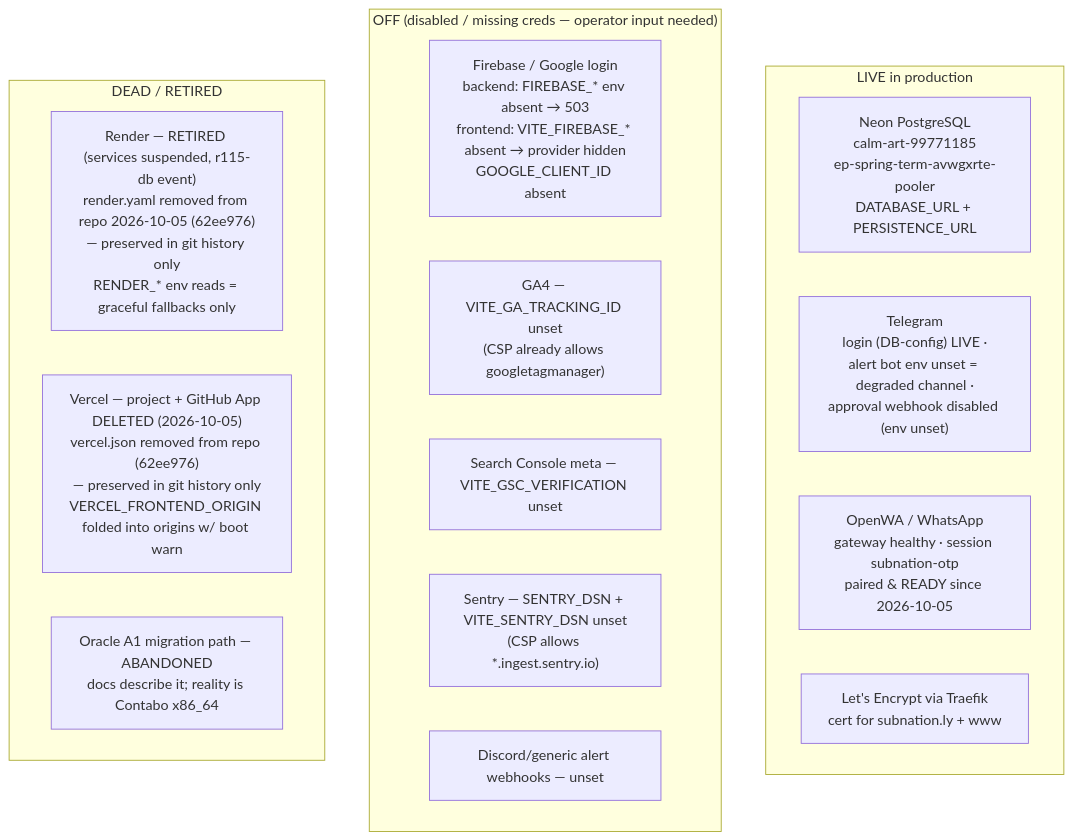
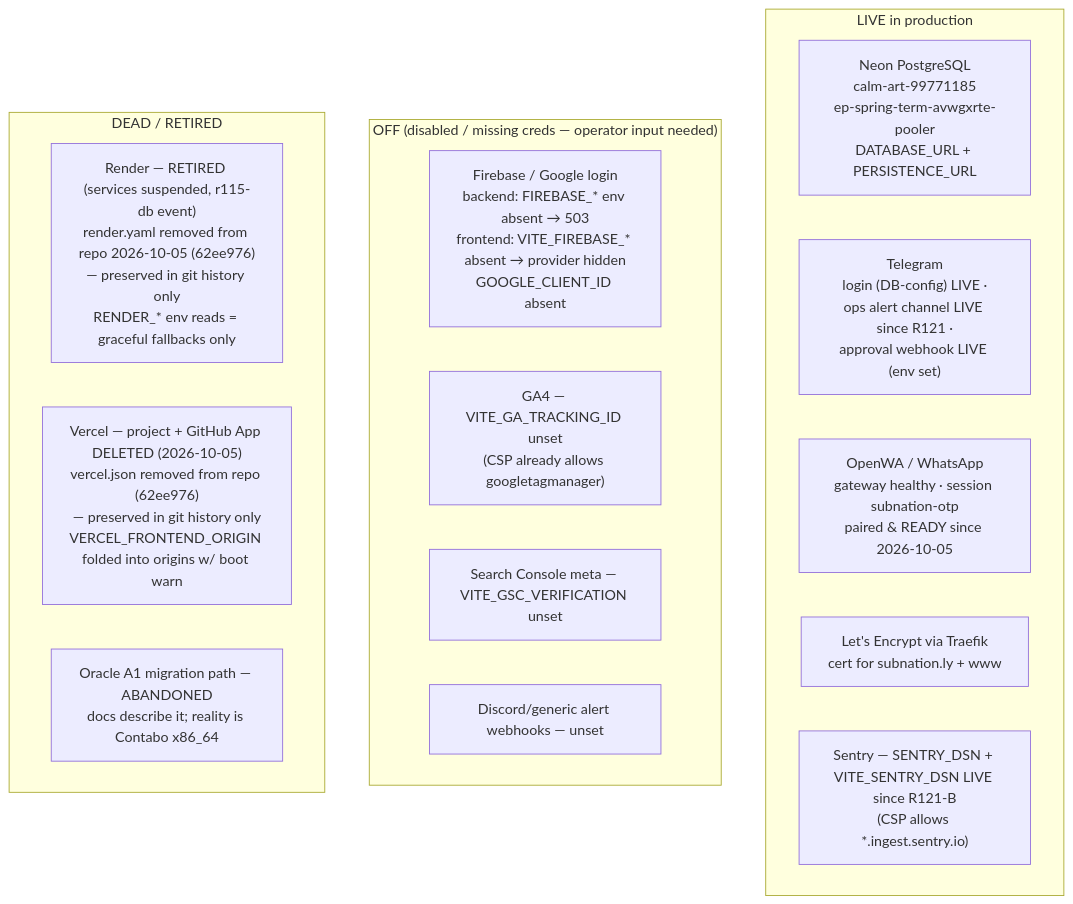
Before and after one commit to ahmadmedo1012/SubNation2: the diagram in docs/project-graph/10-external-integrations.mmd, drawn with Mermaid. The commit also changed 138 other files, not shown here.

```diff
--- a/docs/project-graph/10-external-integrations.mmd
+++ b/docs/project-graph/10-external-integrations.mmd
@@ -1,22 +1,24 @@
 %% External integrations — verified status 2026-10-05
+%% (R142 correction: Sentry + Telegram ops env went LIVE R121/R121-B,
+%%  2026-10-07 — nodes moved accordingly; source-of-truth.md is authoritative)
 graph TB
     subgraph LIVE["LIVE in production"]
         NEON["Neon PostgreSQL<br/>calm-art-99771185<br/>ep-spring-term-avwgxrte-pooler<br/>DATABASE_URL + PERSISTENCE_URL"]
-        TG["Telegram<br/>login (DB-config) LIVE ·<br/>alert bot env unset = degraded channel ·<br/>approval webhook disabled (env unset)"]
+        TG["Telegram<br/>login (DB-config) LIVE ·<br/>ops alert channel LIVE since R121 ·<br/>approval webhook LIVE (env set)"]
         WA["OpenWA / WhatsApp<br/>gateway healthy · session subnation-otp<br/>paired & READY since 2026-10-05"]
         GSC2["Let's Encrypt via Traefik<br/>cert for subnation.ly + www"]
+        SENTRY["Sentry — SENTRY_DSN + VITE_SENTRY_DSN LIVE since R121-B<br/>(CSP allows *.ingest.sentry.io)"]
     end
 
     subgraph OFF["OFF (disabled / missing creds — operator input needed)"]
         FB["Firebase / Google login<br/>backend: FIREBASE_* env absent → 503<br/>frontend: VITE_FIREBASE_* absent → provider hidden<br/>GOOGLE_CLIENT_ID absent"]
         GA["GA4 — VITE_GA_TRACKING_ID unset<br/>(CSP already allows googletagmanager)"]
         GSC["Search Console meta — VITE_GSC_VERIFICATION unset"]
-        SENTRY["Sentry — SENTRY_DSN + VITE_SENTRY_DSN unset<br/>(CSP allows *.ingest.sentry.io)"]
         ALERTS["Discord/generic alert webhooks — unset"]
     end
 
     subgraph DEAD["DEAD / RETIRED"]
         RENDER["Render — RETIRED (services suspended, r115-db event)<br/>render.yaml removed from repo 2026-10-05 (62ee976)<br/>— preserved in git history only<br/>RENDER_* env reads = graceful fallbacks only"]
         VERCEL["Vercel — project + GitHub App DELETED (2026-10-05)<br/>vercel.json removed from repo (62ee976)<br/>— preserved in git history only<br/>VERCEL_FRONTEND_ORIGIN folded into origins w/ boot warn"]
         ORACLE["Oracle A1 migration path — ABANDONED<br/>docs describe it; reality is Contabo x86_64"]
     end
```
